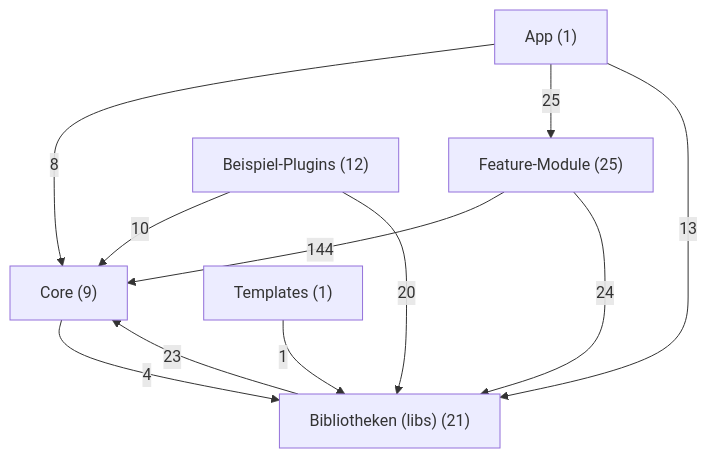
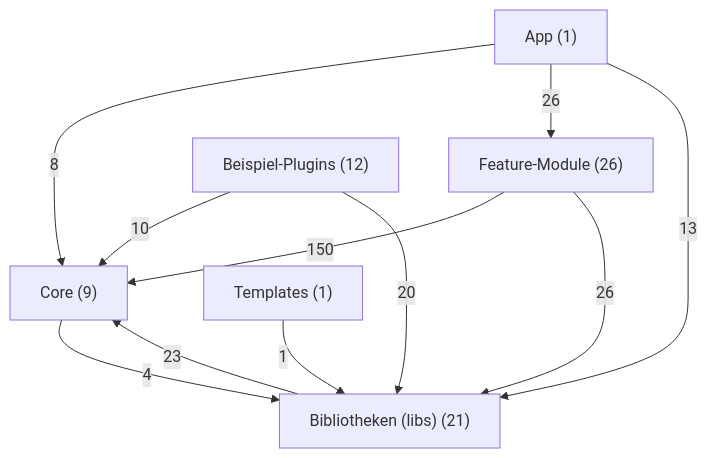
Before and after one commit to scto/CodeForgeMobile: the first of 2 diagrams in docs/dev/module-graph.md, drawn with Mermaid. The commit also changed other lines of this file and 17 other files, not shown here.

````diff
--- a/docs/dev/module-graph.md
+++ b/docs/dev/module-graph.md
@@ -9,19 +9,19 @@
 ```mermaid
 flowchart TD
     app["App (1)"]
-    feature["Feature-Module (25)"]
+    feature["Feature-Module (26)"]
     core["Core (9)"]
     libs["Bibliotheken (libs) (21)"]
     examples["Beispiel-Plugins (12)"]
     templates["Templates (1)"]
     app -->|8| core
-    app -->|25| feature
+    app -->|26| feature
     app -->|13| libs
     core -->|4| libs
     examples -->|10| core
     examples -->|20| libs
-    feature -->|144| core
-    feature -->|24| libs
+    feature -->|150| core
+    feature -->|26| libs
     libs -->|23| core
     templates -->|1| libs
 ```
````
